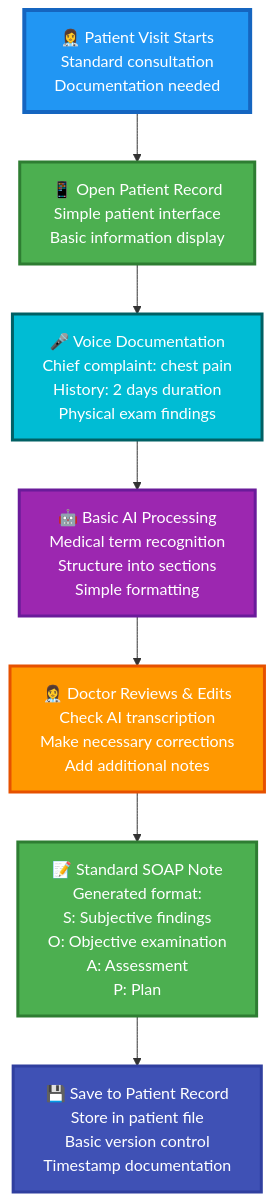
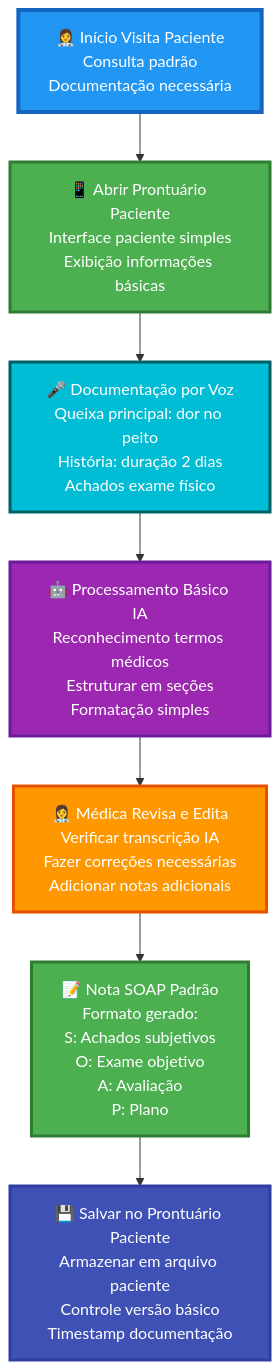
Before and after one commit to brunovlucena/prontuario: the fifth of 5 diagrams in README.md, drawn with Mermaid. The commit also changed other lines of this file and 1 other file, not shown here.

````diff
--- a/README.md
+++ b/README.md
@@ -244,36 +273,31 @@
 ```mermaid
 flowchart TD
-    PatientVisit[👩‍⚕️ Patient Visit Starts<br/>Standard consultation<br/>Documentation needed]
+    PatientVisit["👩‍⚕️ Início Visita Paciente<br/>Consulta padrão<br/>Documentação necessária"]
 
-    %% Basic Interface
-    OpenRecord[📱 Open Patient Record<br/>Simple patient interface<br/>Basic information display]
+    OpenRecord["📱 Abrir Prontuário Paciente<br/>Interface paciente simples<br/>Exibição informações básicas"]
 
-    %% Simple Documentation
-    VoiceNote[🎤 Voice Documentation<br/>Chief complaint: chest pain<br/>History: 2 days duration<br/>Physical exam findings]
+    VoiceNote["🎤 Documentação por Voz<br/>Queixa principal: dor no peito<br/>História: duração 2 dias<br/>Achados exame físico"]
 
-    BasicProcessing[🤖 Basic AI Processing<br/>Medical term recognition<br/>Structure into sections<br/>Simple formatting]
+    BasicProcessing["🤖 Processamento Básico IA<br/>Reconhecimento termos médicos<br/>Estruturar em seções<br/>Formatação simples"]
 
-    ReviewEdit[👩‍⚕️ Doctor Reviews & Edits<br/>Check AI transcription<br/>Make necessary corrections<br/>Add additional notes]
+    ReviewEdit["👩‍⚕️ Médica Revisa e Edita<br/>Verificar transcrição IA<br/>Fazer correções necessárias<br/>Adicionar notas adicionais"]
 
-    %% Simple Outputs
-    BasicNote[📝 Standard SOAP Note<br/>Generated format:<br/>S: Subjective findings<br/>O: Objective examination<br/>A: Assessment<br/>P: Plan]
+    BasicNote["📝 Nota SOAP Padrão<br/>Formato gerado:<br/>S: Achados subjetivos<br/>O: Exame objetivo<br/>A: Avaliação<br/>P: Plano"]
 
-    SaveRecord[💾 Save to Patient Record<br/>Store in patient file<br/>Basic version control<br/>Timestamp documentation]
+    SaveRecord["💾 Salvar no Prontuário Paciente<br/>Armazenar em arquivo paciente<br/>Controle versão básico<br/>Timestamp documentação"]
 
-    %% Flow connections
     PatientVisit --> OpenRecord
     OpenRecord --> VoiceNote
     VoiceNote --> BasicProcessing
     BasicProcessing --> ReviewEdit
     ReviewEdit --> BasicNote
     BasicNote --> SaveRecord
 
-    %% Styling
     style PatientVisit fill:#2196F3,stroke:#1565C0,stroke-width:4px,color:#fff
     style OpenRecord fill:#4CAF50,stroke:#2E7D32,stroke-width:3px,color:#fff
     style VoiceNote fill:#00BCD4,stroke:#006064,stroke-width:3px,color:#fff
     style BasicProcessing fill:#9C27B0,stroke:#6A1B9A,stroke-width:3px,color:#fff
     style ReviewEdit fill:#FF9800,stroke:#E65100,stroke-width:3px,color:#fff
     style BasicNote fill:#4CAF50,stroke:#2E7D32,stroke-width:3px,color:#fff
     style SaveRecord fill:#3F51B5,stroke:#303F9F,stroke-width:3px,color:#fff
 ```
````
